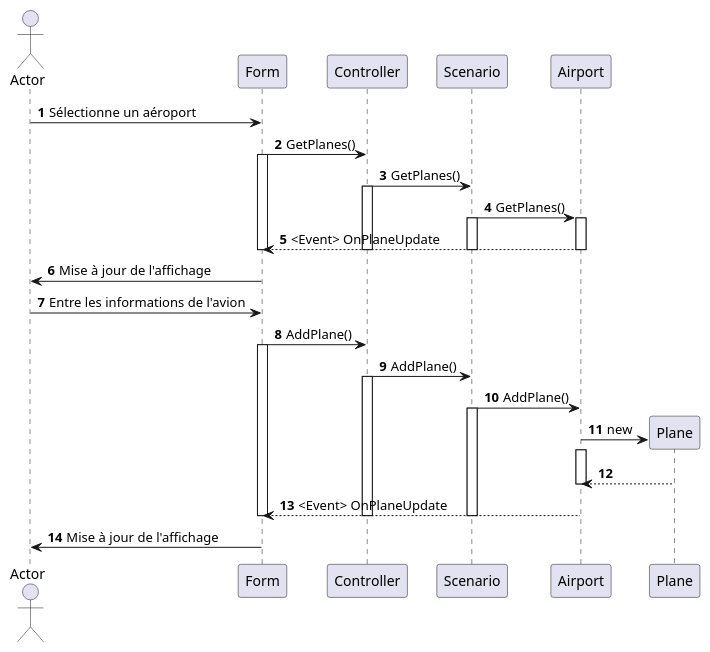
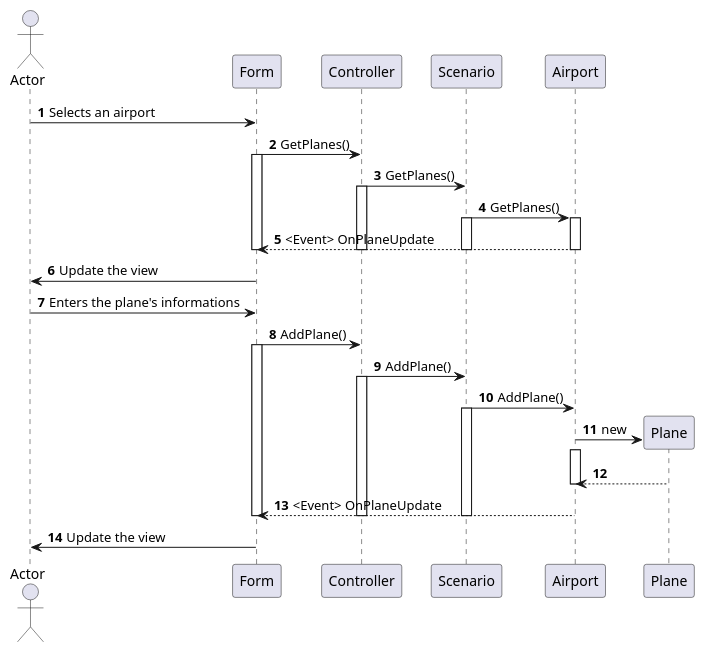
The diagram in PlaneTP/Documentation/Diagrams/Sequence/AddToAirport.puml (Homespore165/tututut), drawn with PlantUML before and after one commit.

Commit message:
AddToAirport.puml translated

```diff
--- a/PlaneTP/Documentation/Diagrams/Sequence/AddToAirport.puml
+++ b/PlaneTP/Documentation/Diagrams/Sequence/AddToAirport.puml
@@ -1,39 +1,39 @@
 @startuml
 'https://plantuml.com/sequence-diagram
 
 autonumber
 
 actor Actor
-Actor -> Form : Sélectionne un aéroport
+Actor -> Form : Selects an airport
 Form -> Controller : GetPlanes()
 activate Form
 Controller -> Scenario : GetPlanes()
 activate Controller
 Scenario -> Airport : GetPlanes()
 activate Scenario
 activate Airport
 Airport --> Form : <Event> OnPlaneUpdate
 deactivate Airport
 deactivate Scenario
 deactivate Controller
 deactivate Form
-Form -> Actor : Mise à jour de l'affichage
-Actor -> Form : Entre les informations de l'avion
+Form -> Actor : Update the view
+Actor -> Form : Enters the plane's informations
 Form -> Controller : AddPlane()
 activate Form
 Controller -> Scenario : AddPlane()
 activate Controller
 Scenario -> Airport : AddPlane()
 activate Scenario
 create Plane
 Airport -> Plane : new
 activate Airport
 Plane --> Airport
 deactivate Airport
 Airport --> Form : <Event> OnPlaneUpdate
 deactivate Form
 deactivate Controller
 deactivate Scenario
-Form -> Actor : Mise à jour de l'affichage
+Form -> Actor : Update the view
 
 @enduml
```
